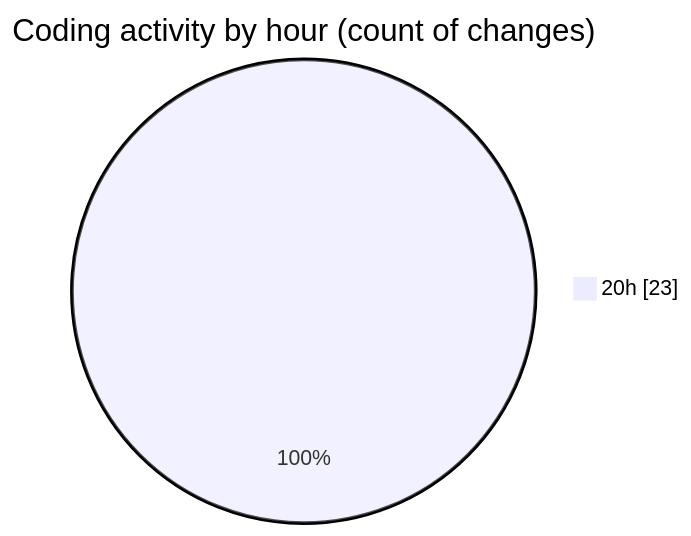
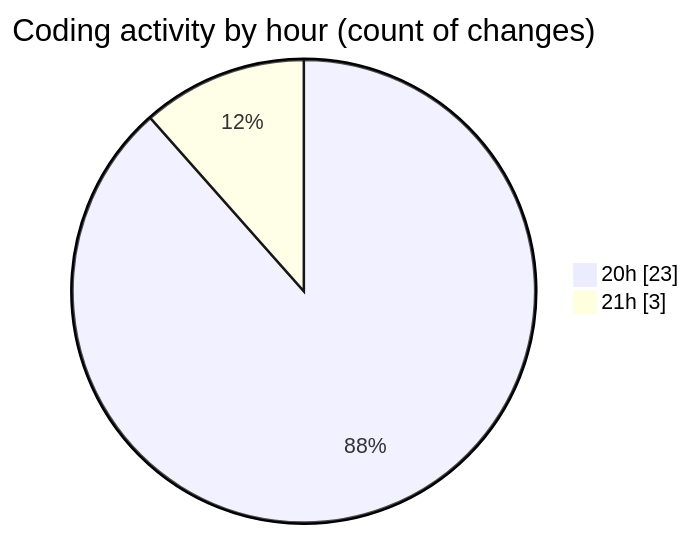
The second of 2 diagrams in 2025-05-25/bookingpodcas/README.md (idhammustaqopulfikri/code-tracking), drawn with Mermaid before and after one commit. The commit also changed other lines of this file and 1 other file, not shown here.

````diff
--- a/2025-05-25/bookingpodcas/README.md
+++ b/2025-05-25/bookingpodcas/README.md
@@ -42,5 +43,6 @@
 ```mermaid
 pie showData
 title Coding activity by hour (count of changes)
 "20h" : 23
+"21h" : 3
 ```
````
